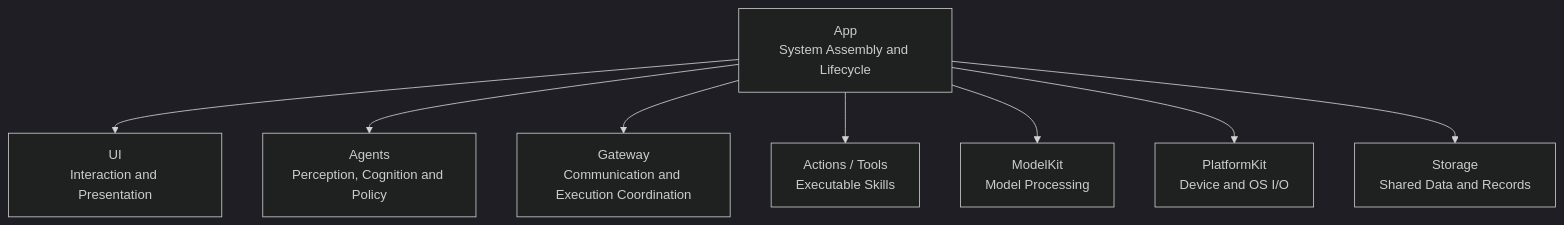
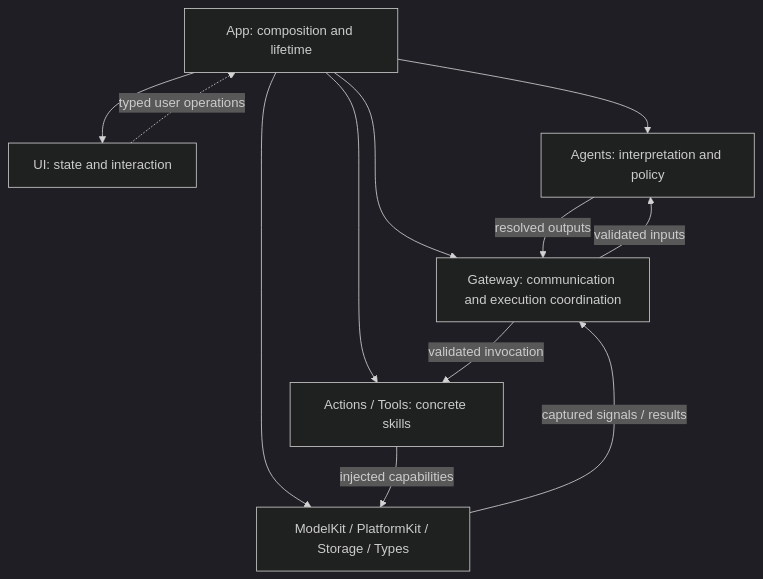
Before and after one commit to devilyouwei/MobileHarness: the first of 5 diagrams in MobileHarness/README.md, drawn with Mermaid (dark theme). The commit also changed other lines of this file, not shown here.

Commit message:
Focus technical design on current architecture and core workflows

````diff
--- a/MobileHarness/README.md
+++ b/MobileHarness/README.md
@@ -53,11 +24,14 @@
 ```mermaid
 flowchart TB
-    App["App<br/>System Assembly and Lifecycle"]
-    App --> UI["UI<br/>Interaction and Presentation"]
-    App --> Agents["Agents<br/>Perception, Cognition and Policy"]
-    App --> Gateway["Gateway<br/>Communication and Execution Coordination"]
-    App --> Skills["Actions / Tools<br/>Executable Skills"]
-    App --> ModelKit["ModelKit<br/>Model Processing"]
-    App --> PlatformKit["PlatformKit<br/>Device and OS I/O"]
-    App --> Storage["Storage<br/>Shared Data and Records"]
+    App[App: composition and lifetime] --> UI[UI: state and interaction]
+    App --> Cognition[Agents: interpretation and policy]
+    App --> Gateway[Gateway: communication and execution coordination]
+    App --> Behaviors[Actions / Tools: concrete skills]
+    App --> Foundations[ModelKit / PlatformKit / Storage / Types]
+    UI -. typed user operations .-> App
+    Cognition -->|resolved outputs| Gateway
+    Gateway -->|validated invocation| Behaviors
+    Behaviors -->|injected capabilities| Foundations
+    Foundations -->|captured signals / results| Gateway
+    Gateway -->|validated inputs| Cognition
 ```
````
